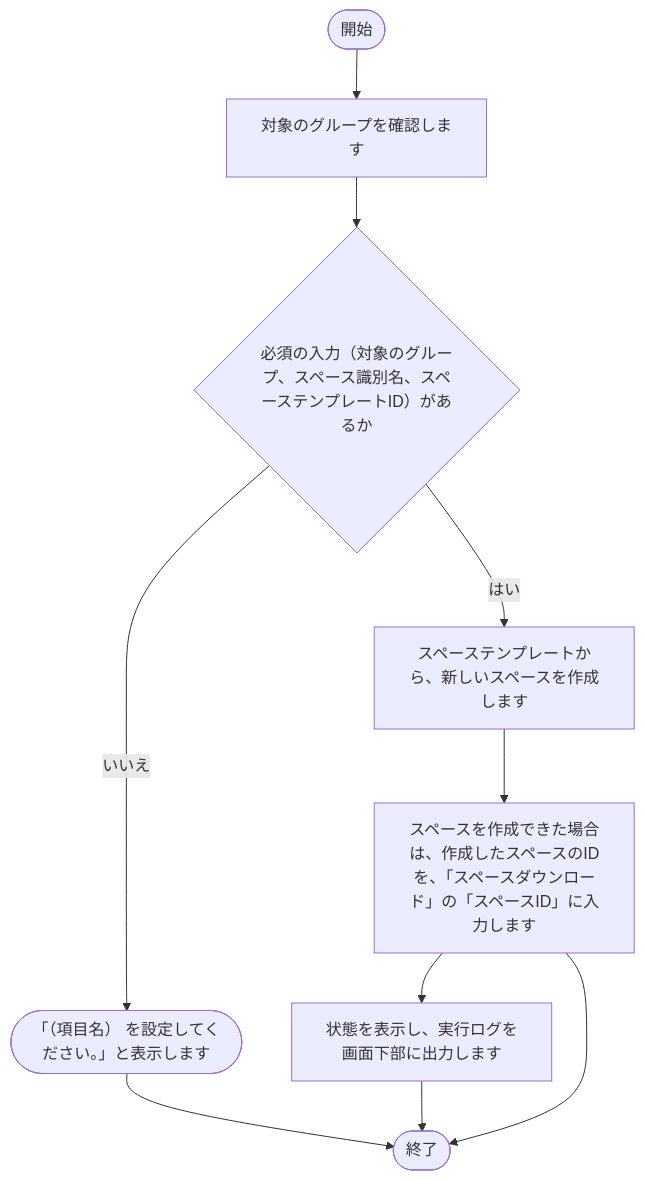
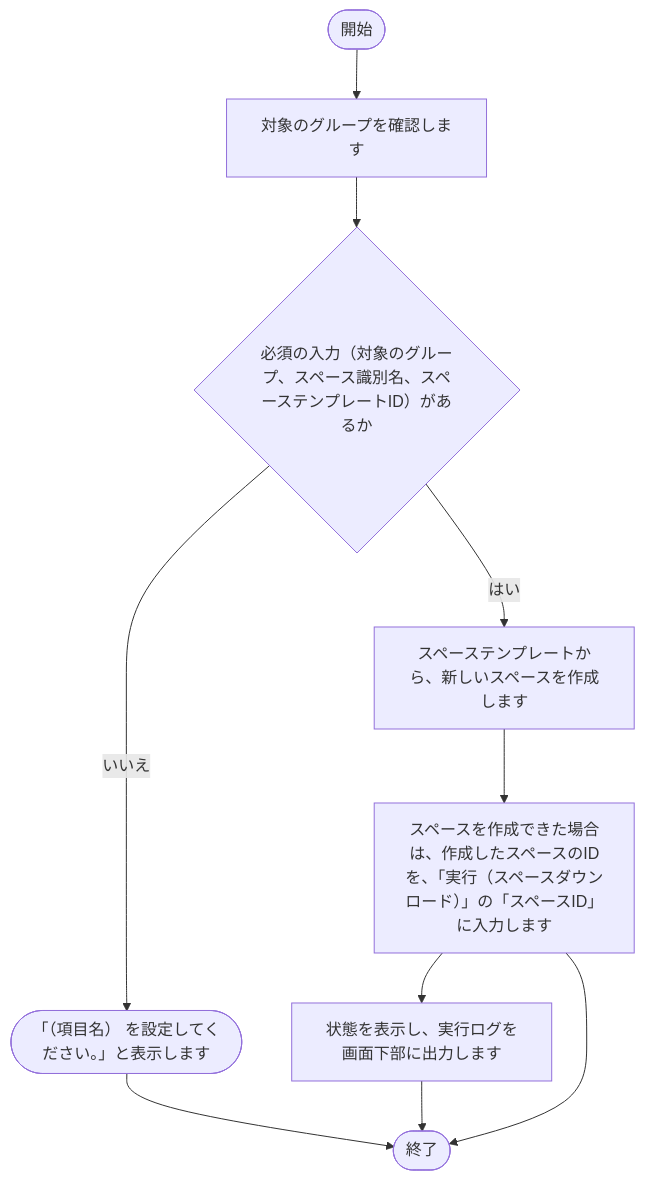
One commit to nishida2073/project_management changed the third of 16 diagrams in tool/kintone-resourse-generator/doc/02_設計/処理フロー.md. Above: the diagram before and after it, drawn with Mermaid. The commit also changed other lines of this file and 70 other files, not shown here.

````diff
--- a/tool/kintone-resourse-generator/doc/02_設計/処理フロー.md
+++ b/tool/kintone-resourse-generator/doc/02_設計/処理フロー.md
@@ -112,20 +112,20 @@
 ```mermaid
 flowchart TD
     S(["開始"])
     E(["終了"])
     N1["対象のグループを確認します"]
     S --> N1
     N2{"必須の入力（対象のグループ、スペース識別名、スペーステンプレートID）があるか"}
     X2(["「（項目名） を設定してください。」と表示します"])
     X2 --> E
     N2 -- いいえ --> X2
     N1 --> N2
     N3["スペーステンプレートから、新しいスペースを作成します"]
     N2 -- はい --> N3
-    N4["スペースを作成できた場合は、作成したスペースのIDを、「スペースダウンロード」の「スペースID」に入力します"]
+    N4["スペースを作成できた場合は、作成したスペースのIDを、「実行（スペースダウンロード）」の「スペースID」に入力します"]
     N3 --> N4
     N5["状態を表示し、実行ログを画面下部に出力します"]
     N4 --> N5
     N5 --> E
     N4 --> E
 ```
````
